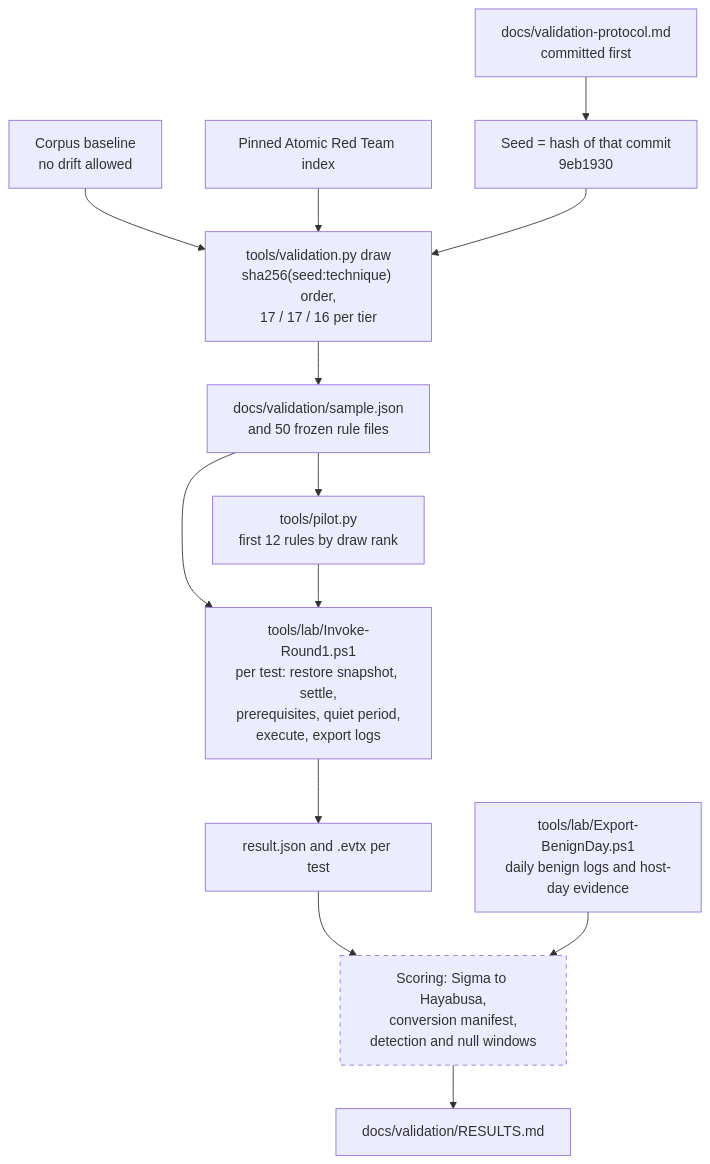
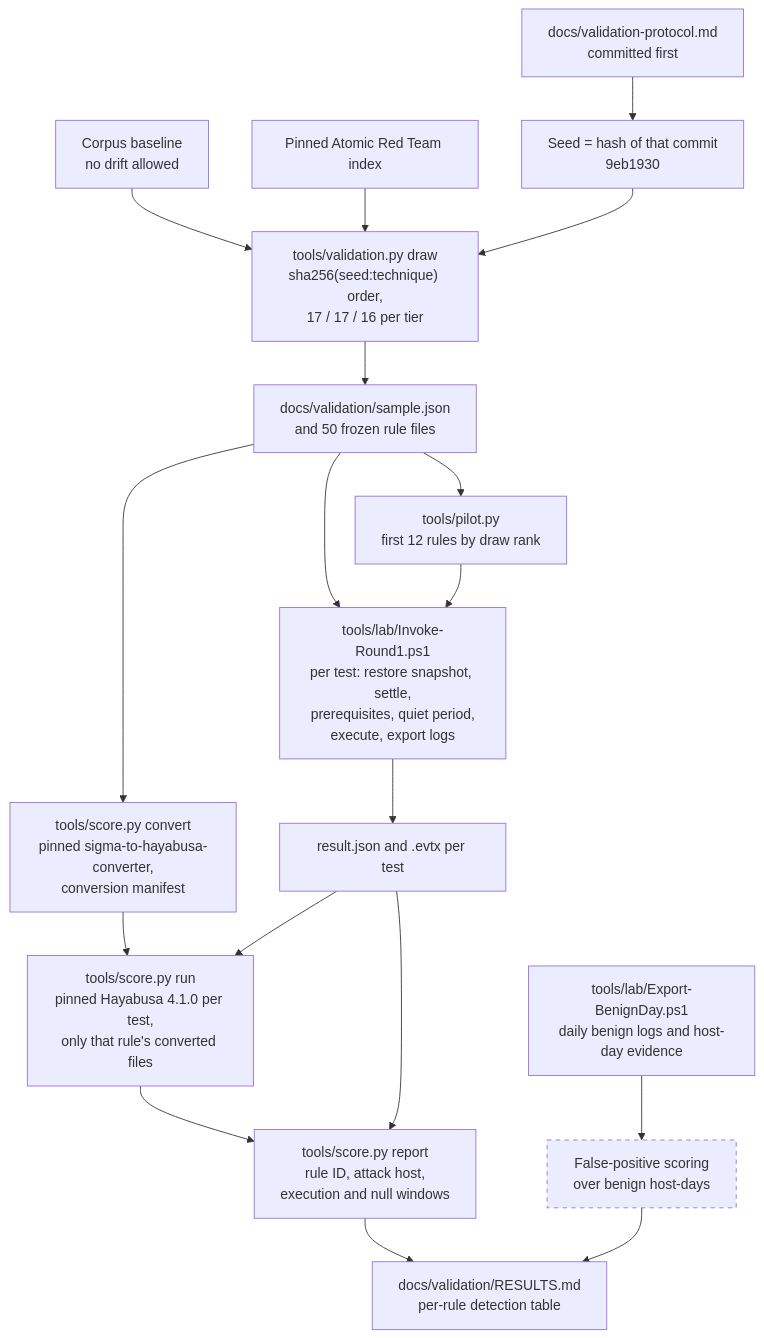
The third of 3 diagrams in docs/architecture.md (kushagra-patel1011/sigma-generator), drawn with Mermaid before and after one commit. The commit also changed other lines of this file and 10 other files, not shown here.

First line of the commit message:
Score validation runs: Sigma to Hayabusa conversion and alert matching

````diff
--- a/docs/architecture.md
+++ b/docs/architecture.md
@@ -81,18 +81,23 @@
 ```mermaid
 flowchart TB
     PROTO["docs/validation-protocol.md<br/>committed first"] --> SEED["Seed = hash of that commit<br/>9eb1930"]
     BASE["Corpus baseline<br/>no drift allowed"] --> DRAW
     ART["Pinned Atomic Red Team index"] --> DRAW
     SEED --> DRAW["tools/validation.py draw<br/>sha256(seed:technique) order,<br/>17 / 17 / 16 per tier"]
     DRAW --> SAMPLE["docs/validation/sample.json<br/>and 50 frozen rule files"]
     SAMPLE --> PILOT["tools/pilot.py<br/>first 12 rules by draw rank"]
     SAMPLE --> RUNNER
     PILOT --> RUNNER["tools/lab/Invoke-Round1.ps1<br/>per test: restore snapshot, settle,<br/>prerequisites, quiet period,<br/>execute, export logs"]
     RUNNER --> RECORDS["result.json and .evtx per test"]
-    RECORDS --> SCORE["Scoring: Sigma to Hayabusa,<br/>conversion manifest,<br/>detection and null windows"]
-    BENIGN["tools/lab/Export-BenignDay.ps1<br/>daily benign logs and host-day evidence"] --> SCORE
-    SCORE --> RESULTS["docs/validation/RESULTS.md"]
+    SAMPLE --> CONVERT
+    CONVERT["tools/score.py convert<br/>pinned sigma-to-hayabusa-converter,<br/>conversion manifest"] --> HAYA
+    RECORDS --> HAYA["tools/score.py run<br/>pinned Hayabusa 4.1.0 per test,<br/>only that rule's converted files"]
+    HAYA --> SCORE["tools/score.py report<br/>rule ID, attack host,<br/>execution and null windows"]
+    RECORDS --> SCORE
+    SCORE --> RESULTS["docs/validation/RESULTS.md<br/>per-rule detection table"]
+    BENIGN["tools/lab/Export-BenignDay.ps1<br/>daily benign logs and host-day evidence"] --> FP["False-positive scoring<br/>over benign host-days"]
+    FP --> RESULTS
 
     classDef pending stroke-dasharray: 5 5
-    class SCORE pending
+    class FP pending
 ```
````
